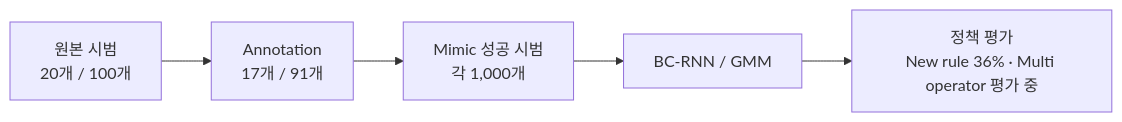
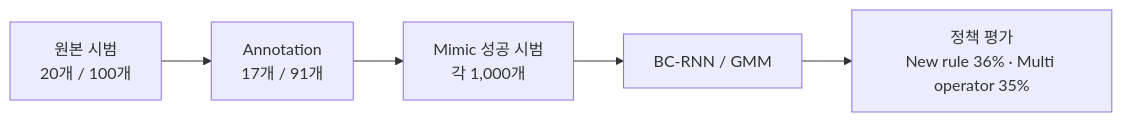
One commit to Kim-KiSuk/Robotics-Simulation-Assignment2 changed the diagram in README.md. Above: the diagram before and after it, drawn with Mermaid. The commit also changed other lines of this file and 6 other files, not shown here.

Commit message:
Publish Multi operator 35 percent result and successful rollout examples

````diff
--- a/README.md
+++ b/README.md
@@ -27,7 +32,7 @@
 ```mermaid
 flowchart LR
     A["원본 시범<br/>20개 / 100개"] --> B["Annotation<br/>17개 / 91개"]
     B --> C["Mimic 성공 시범<br/>각 1,000개"]
     C --> D["BC-RNN / GMM"]
-    D --> E["정책 평가<br/>New rule 36% · Multi operator 평가 중"]
+    D --> E["정책 평가<br/>New rule 36% · Multi operator 35%"]
 ```
````
